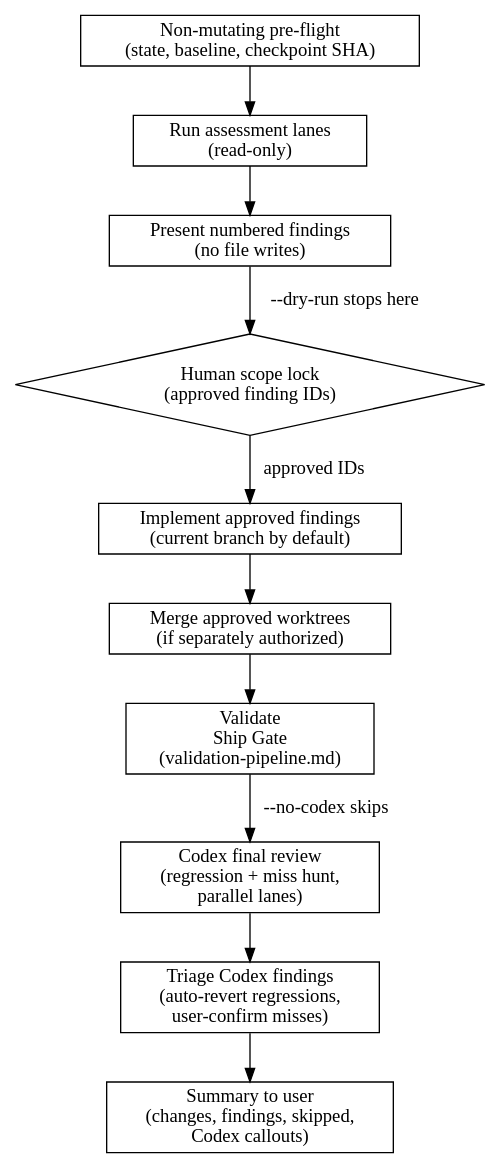
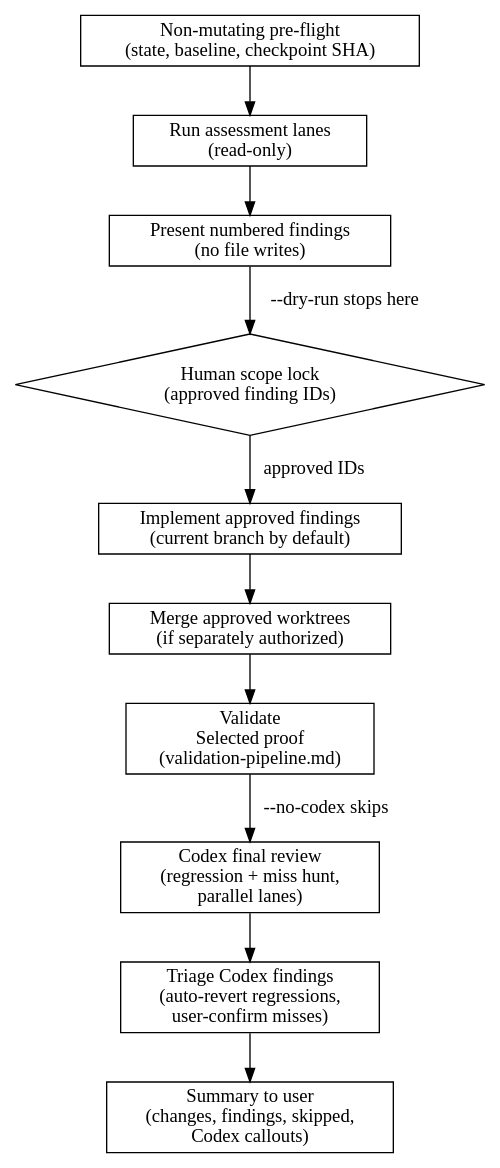
Before and after one commit to greenpill-dev-guild/green-goods: the diagram in .claude/skills/clean/SKILL.md, drawn with Graphviz. The commit also changed other lines of this file and 13 other files, not shown here.

````diff
--- a/.claude/skills/clean/SKILL.md
+++ b/.claude/skills/clean/SKILL.md
@@ -104,25 +104,25 @@
 ```dot
 digraph clean_flow {
     rankdir=TB;
     preflight [label="Non-mutating pre-flight\n(state, baseline, checkpoint SHA)" shape=box];
     dispatch [label="Run assessment lanes\n(read-only)" shape=box];
     reports [label="Present numbered findings\n(no file writes)" shape=box];
     scope [label="Human scope lock\n(approved finding IDs)" shape=diamond];
     implement [label="Implement approved findings\n(current branch by default)" shape=box];
     merge [label="Merge approved worktrees\n(if separately authorized)" shape=box];
-    validate [label="Validate\nShip Gate\n(validation-pipeline.md)" shape=box];
+    validate [label="Validate\nSelected proof\n(validation-pipeline.md)" shape=box];
     codex [label="Codex final review\n(regression + miss hunt,\nparallel lanes)" shape=box];
     triage [label="Triage Codex findings\n(auto-revert regressions,\nuser-confirm misses)" shape=box];
     summary [label="Summary to user\n(changes, findings, skipped,\nCodex callouts)" shape=box];
 
     preflight -> dispatch;
     dispatch -> reports;
     reports -> scope [label="--dry-run stops here"];
     scope -> implement [label="approved IDs"];
     implement -> merge;
     merge -> validate;
     validate -> codex [label="--no-codex skips"];
     codex -> triage;
     triage -> summary;
 }
 ```
````
